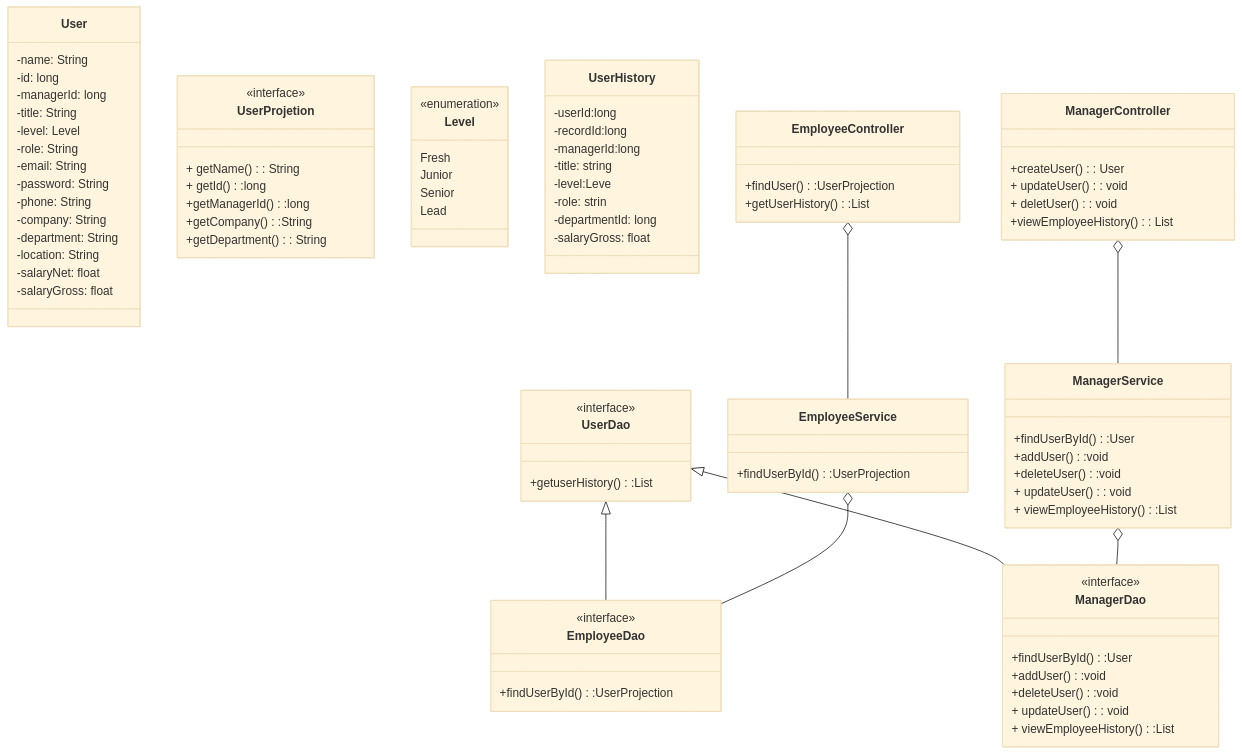
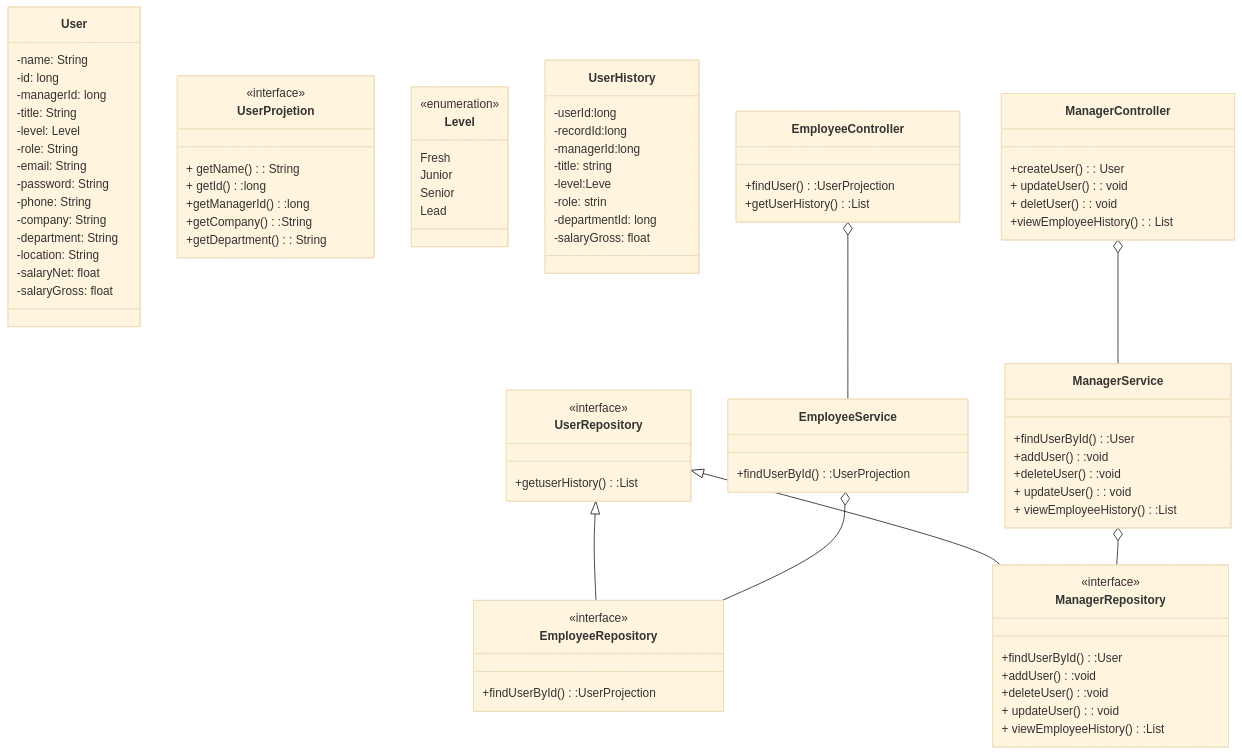
The first of 7 diagrams in profile/README.md (wrak-fra5-belbasalla7mar/.github), drawn with Mermaid (base theme) before and after one commit. The commit also changed other lines of this file, not shown here.

```diff
--- a/profile/README.md
+++ b/profile/README.md
@@ -44,15 +44,15 @@
 -departmentId: long
 -salaryGross: float
 }
-class UserDao{
+class UserRepository{
 <<interface>>
 +getuserHistory():List<User>
 }
-class EmployeeDao{
+class EmployeeRepository{
 <<interface>>
 +findUserById():UserProjection
 }
-class ManagerDao{
+class ManagerRepository{
 <<interface>>
 +findUserById():User
 +addUser():void
@@ -81,10 +81,10 @@
 + deletUser(): void
 +viewEmployeeHistory(): List<User>
 }
-UserDao <|--EmployeeDao
-UserDao <|--ManagerDao
-ManagerService o-- ManagerDao
-EmployeeService o-- EmployeeDao
+UserRepository <|--EmployeeRepository
+UserRepository <|--ManagerRepository
+ManagerService o-- ManagerRepository
+EmployeeService o-- EmployeeRepository
 ManagerController o-- ManagerService
 EmployeeController o-- EmployeeService
 
```
